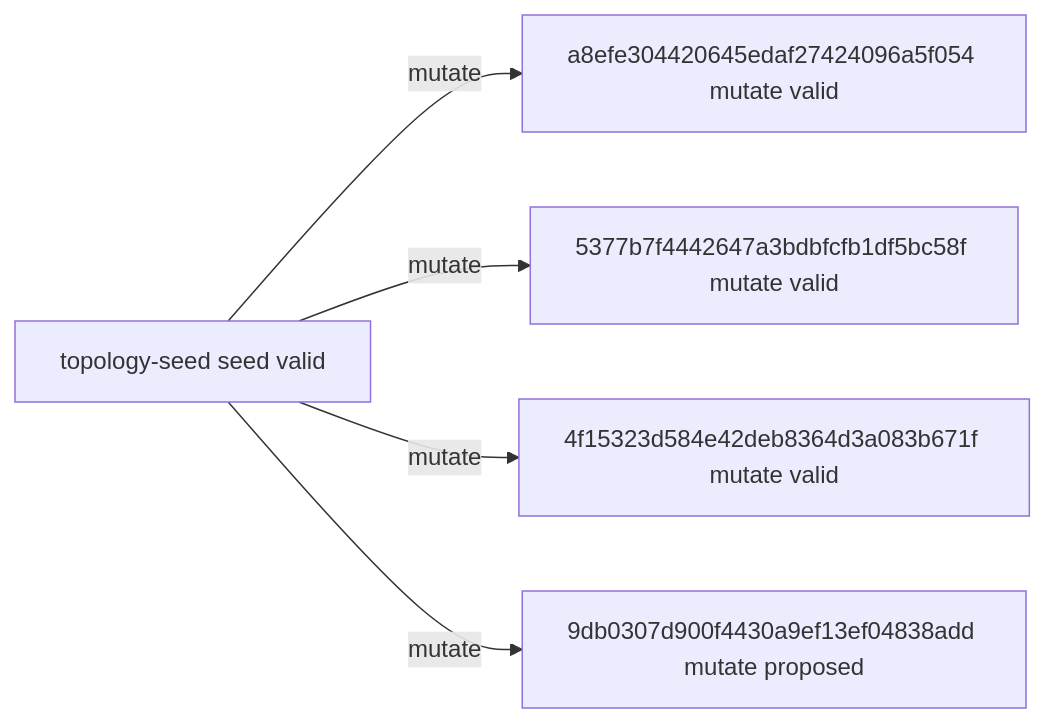
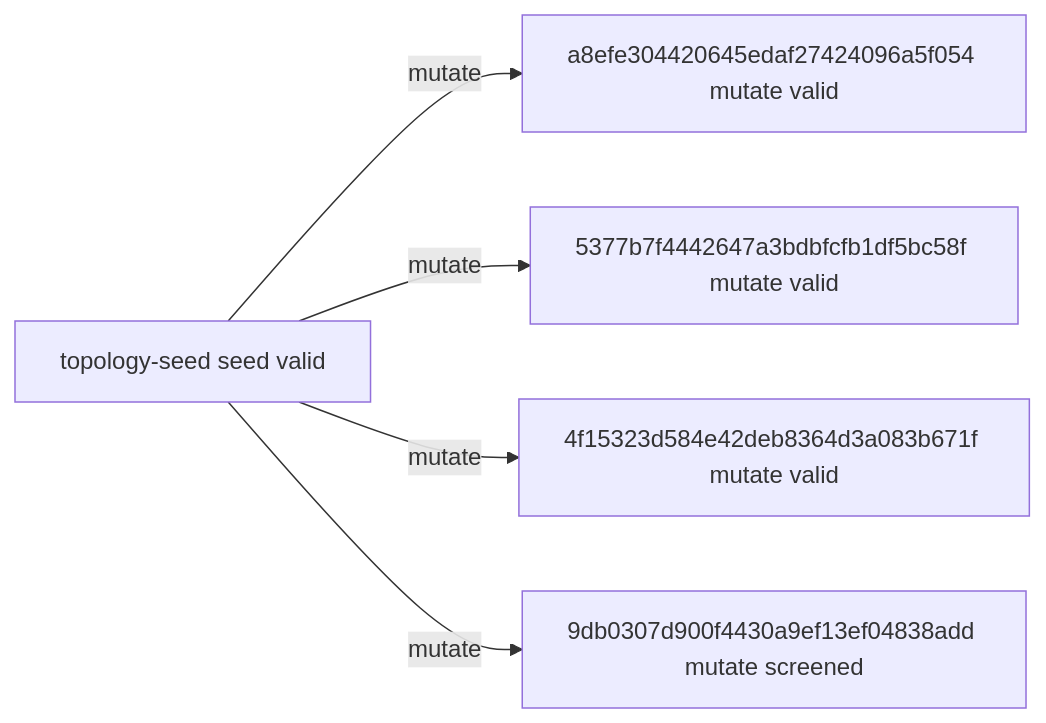
Before and after one commit to timbtz/feyer-search-lab: the diagram in experiments/campaigns/astra-group-numerical-v3/README.md, drawn with Mermaid. The commit also changed other lines of this file and 7 other files, not shown here.

````diff
--- a/experiments/campaigns/astra-group-numerical-v3/README.md
+++ b/experiments/campaigns/astra-group-numerical-v3/README.md
@@ -21,12 +21,12 @@
 ```mermaid
 graph LR
   n0["topology-seed seed valid"]
   n1["a8efe304420645edaf27424096a5f054 mutate valid"]
   n2["5377b7f4442647a3bdbfcfb1df5bc58f mutate valid"]
   n3["4f15323d584e42deb8364d3a083b671f mutate valid"]
-  n4["9db0307d900f4430a9ef13ef04838add mutate proposed"]
+  n4["9db0307d900f4430a9ef13ef04838add mutate screened"]
   n0 -->|mutate| n1
   n0 -->|mutate| n2
   n0 -->|mutate| n3
   n0 -->|mutate| n4
 ```
````
